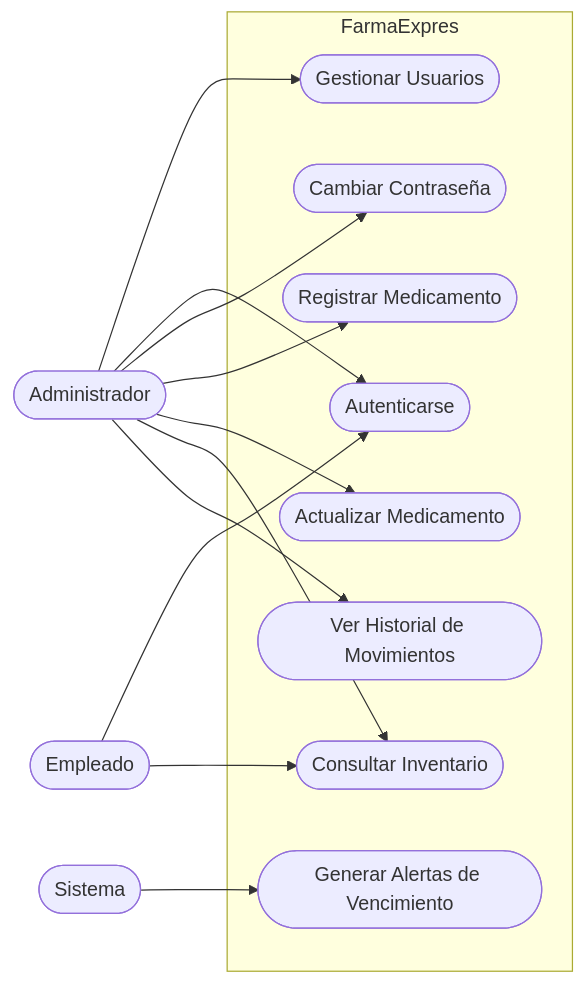
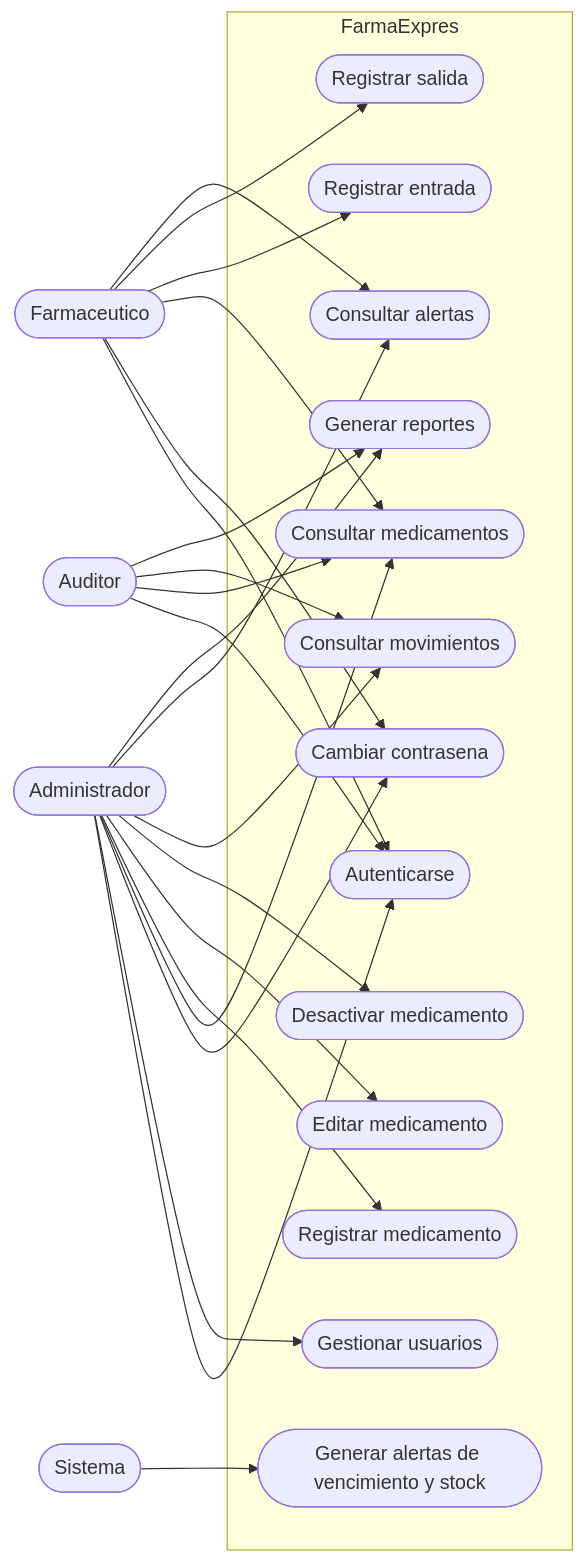
The second of 4 diagrams in README.md (jose6668/FarmaExpres-Diagramas), drawn with Mermaid before and after one commit. The commit also changed other lines of this file, not shown here.

````diff
--- a/README.md
+++ b/README.md
@@ -117,44 +149,49 @@
 ```mermaid
-
 flowchart LR
 
 Administrador([Administrador])
-Empleado([Empleado])
+Farmaceutico([Farmaceutico])
+Auditor([Auditor])
 Sistema([Sistema])
 
 subgraph FarmaExpres
-
-UC1([Gestionar Usuarios])
-UC2([Autenticarse])
-UC3([Cambiar Contraseña])
-
-UC4([Registrar Medicamento])
-UC5([Actualizar Medicamento])
-
-
-UC7([Consultar Inventario])
-
-UC8([Generar Alertas de Vencimiento])
-
-UC11([Ver Historial de Movimientos])
-
+UC1([Autenticarse])
+UC2([Gestionar usuarios])
+UC3([Cambiar contrasena])
+UC4([Consultar medicamentos])
+UC5([Registrar medicamento])
+UC6([Editar medicamento])
+UC7([Desactivar medicamento])
+UC8([Registrar entrada])
+UC9([Registrar salida])
+UC10([Consultar movimientos])
+UC11([Consultar alertas])
+UC12([Generar reportes])
+UC13([Generar alertas de vencimiento y stock])
 end
 
-%% Relaciones Administrador
 Administrador --> UC1
 Administrador --> UC2
 Administrador --> UC3
 Administrador --> UC4
 Administrador --> UC5
+Administrador --> UC6
 Administrador --> UC7
+Administrador --> UC10
 Administrador --> UC11
+Administrador --> UC12
 
-%% Relaciones Farmacéutico
-Empleado --> UC2
-Empleado --> UC7
+Farmaceutico --> UC1
+Farmaceutico --> UC3
+Farmaceutico --> UC4
+Farmaceutico --> UC8
+Farmaceutico --> UC9
+Farmaceutico --> UC11
 
+Auditor --> UC1
+Auditor --> UC4
+Auditor --> UC10
+Auditor --> UC12
 
-
-%% Sistema genera alertas automáticamente
-Sistema --> UC8
+Sistema --> UC13
 ```
````
